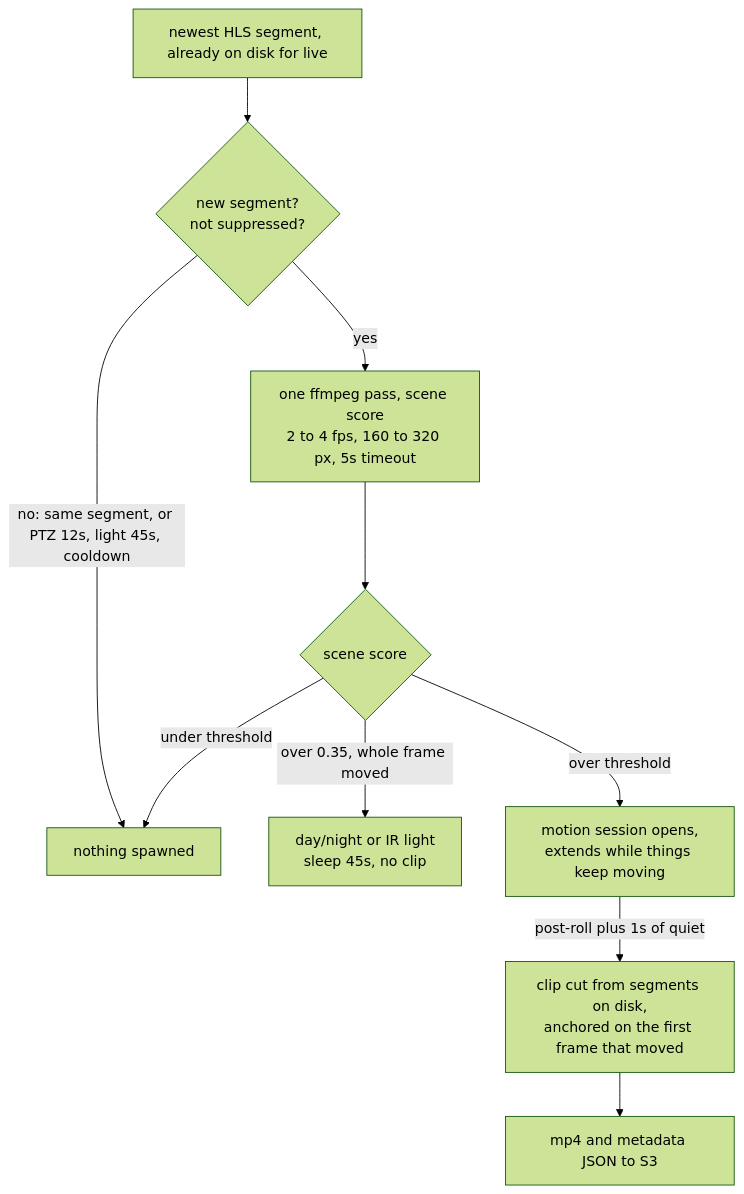
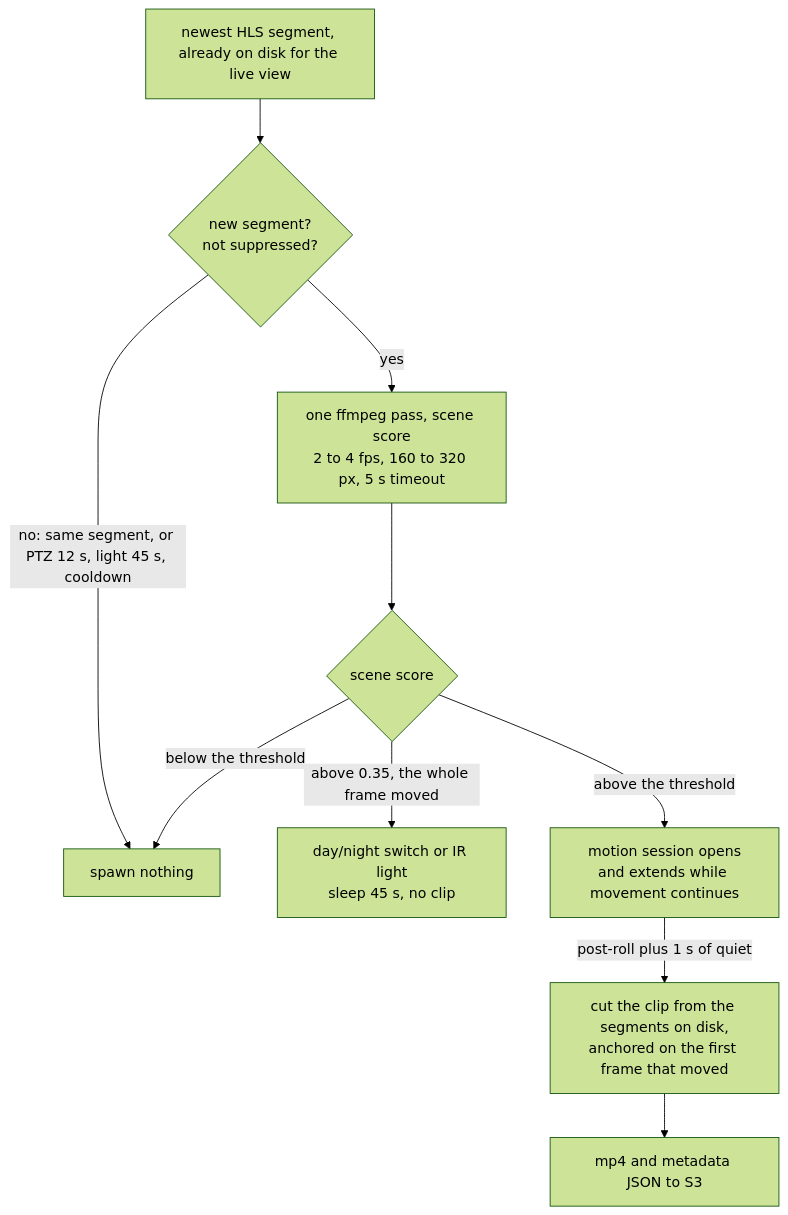
The second of 3 diagrams in README.md (Franciskid/homelab-camera), drawn with Mermaid (forest theme) before and after one commit. The commit also changed other lines of this file, not shown here.

````diff
--- a/README.md
+++ b/README.md
@@ -40,12 +69,12 @@
 ```mermaid
 flowchart TD
-  seg["newest HLS segment, already on disk for live"] --> gate{"new segment?<br/>not suppressed?"}
-  gate -->|"no: same segment, or PTZ 12s, light 45s, cooldown"| skip["nothing spawned"]
-  gate -->|yes| score["one ffmpeg pass, scene score<br/>2 to 4 fps, 160 to 320 px, 5s timeout"]
+  seg["newest HLS segment, already on disk for the live view"] --> gate{"new segment?<br/>not suppressed?"}
+  gate -->|"no: same segment, or PTZ 12 s, light 45 s, cooldown"| skip["spawn nothing"]
+  gate -->|yes| score["one ffmpeg pass, scene score<br/>2 to 4 fps, 160 to 320 px, 5 s timeout"]
   score --> verdict{"scene score"}
-  verdict -->|"under threshold"| skip
-  verdict -->|"over 0.35, whole frame moved"| night["day/night or IR light<br/>sleep 45s, no clip"]
-  verdict -->|"over threshold"| sess["motion session opens,<br/>extends while things keep moving"]
-  sess -->|"post-roll plus 1s of quiet"| cut["clip cut from segments on disk,<br/>anchored on the first frame that moved"]
+  verdict -->|"below the threshold"| skip
+  verdict -->|"above 0.35, the whole frame moved"| night["day/night switch or IR light<br/>sleep 45 s, no clip"]
+  verdict -->|"above the threshold"| sess["motion session opens<br/>and extends while movement continues"]
+  sess -->|"post-roll plus 1 s of quiet"| cut["cut the clip from the segments on disk,<br/>anchored on the first frame that moved"]
   cut --> s3["mp4 and metadata JSON to S3"]
 ```
````
